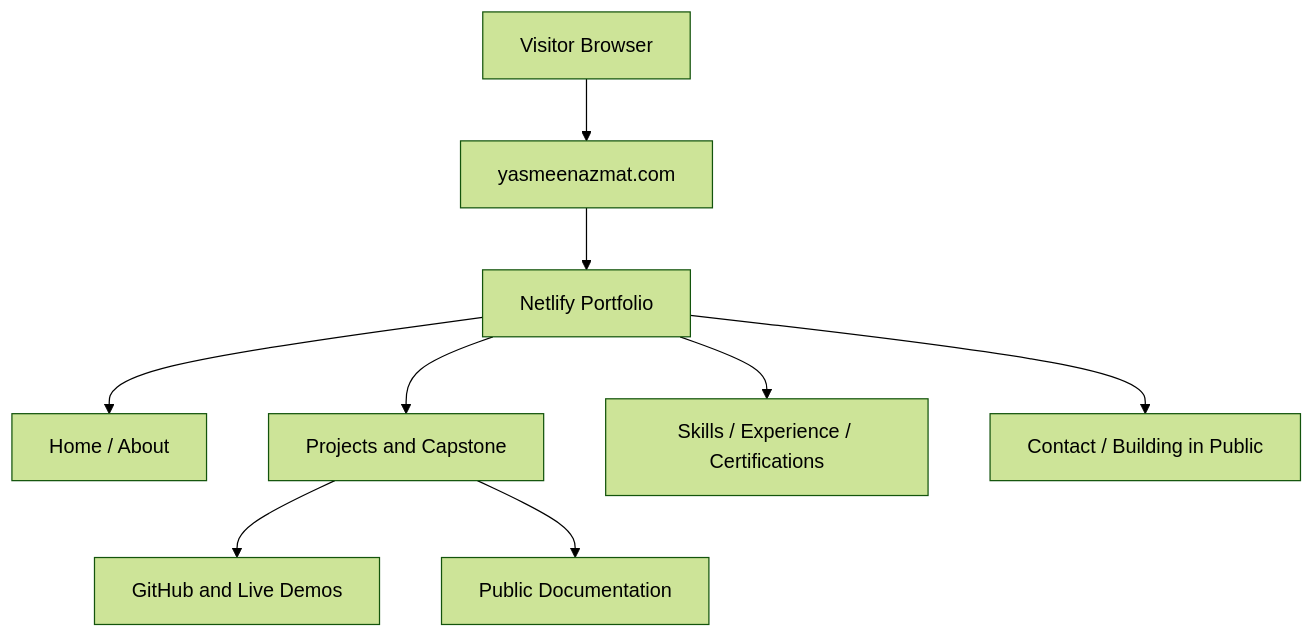
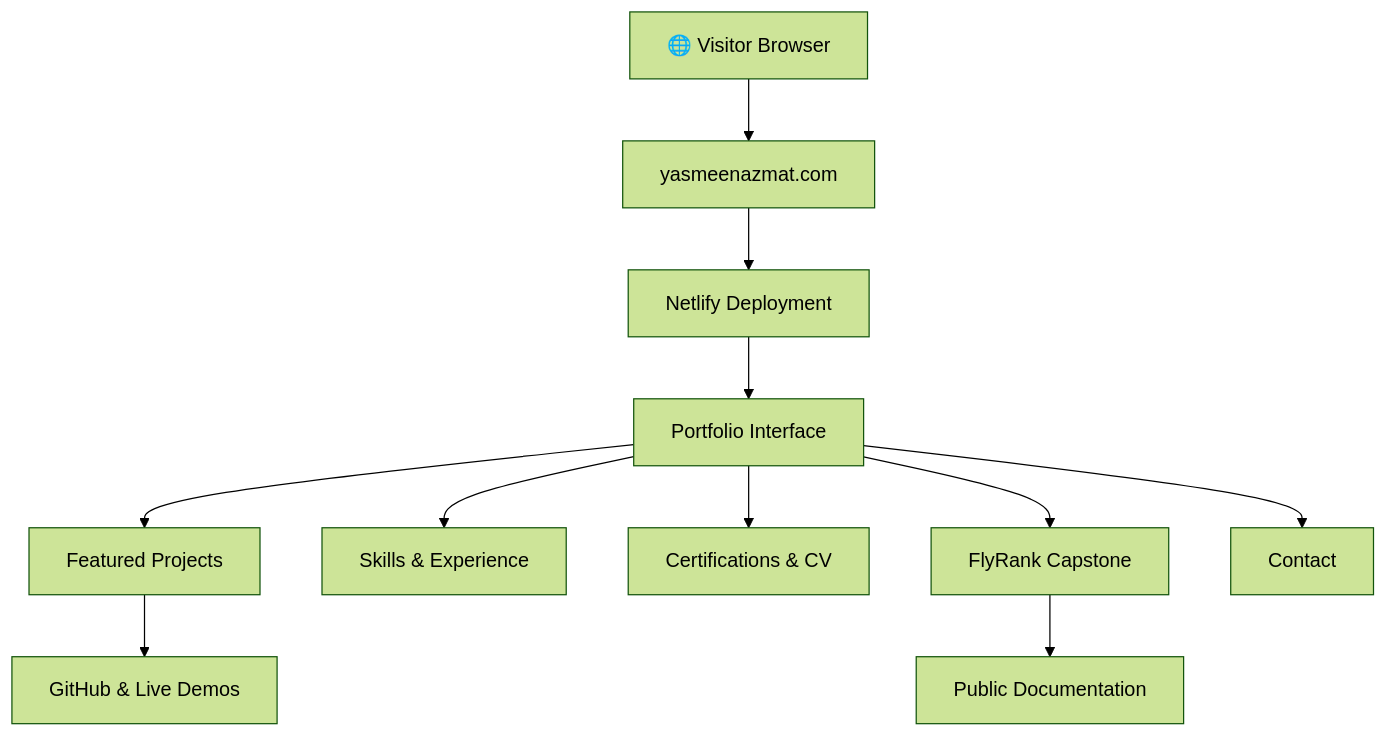
The diagram in README.md (yasmeenmh90-beep/flyrank-ai-fluency-portfolio-docs), drawn with Mermaid (forest theme) before and after one commit. The commit also changed other lines of this file, not shown here.

````diff
--- a/README.md
+++ b/README.md
@@ -67,11 +100,13 @@
 ```mermaid
 flowchart TD
-    A[Visitor Browser] --> B[yasmeenazmat.com]
-    B --> C[Netlify Portfolio]
-    C --> D[Home / About]
-    C --> E[Projects and Capstone]
-    C --> F[Skills / Experience / Certifications]
-    C --> G[Contact / Building in Public]
-    E --> H[GitHub and Live Demos]
-    E --> I[Public Documentation]
+    A["🌐 Visitor Browser"] --> B["yasmeenazmat.com"]
+    B --> C["Netlify Deployment"]
+    C --> D["Portfolio Interface"]
+    D --> E["Featured Projects"]
+    D --> F["Skills & Experience"]
+    D --> G["Certifications & CV"]
+    D --> H["FlyRank Capstone"]
+    D --> I["Contact"]
+    E --> J["GitHub & Live Demos"]
+    H --> K["Public Documentation"]
 ```
````
